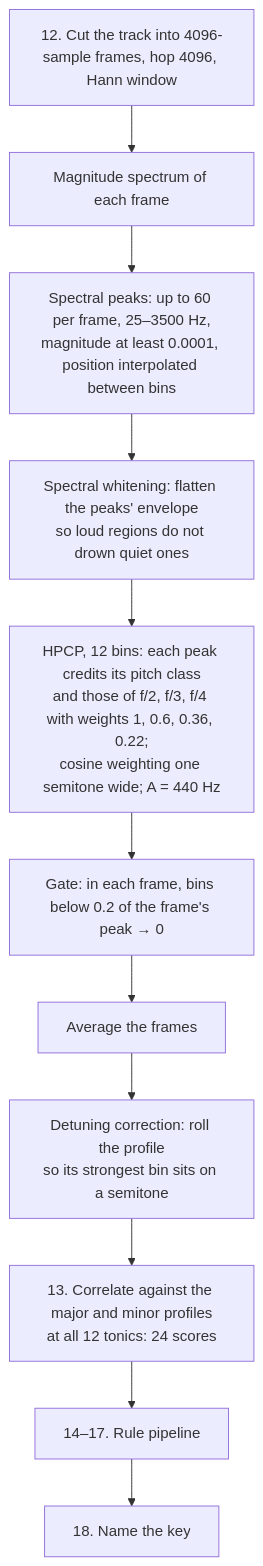
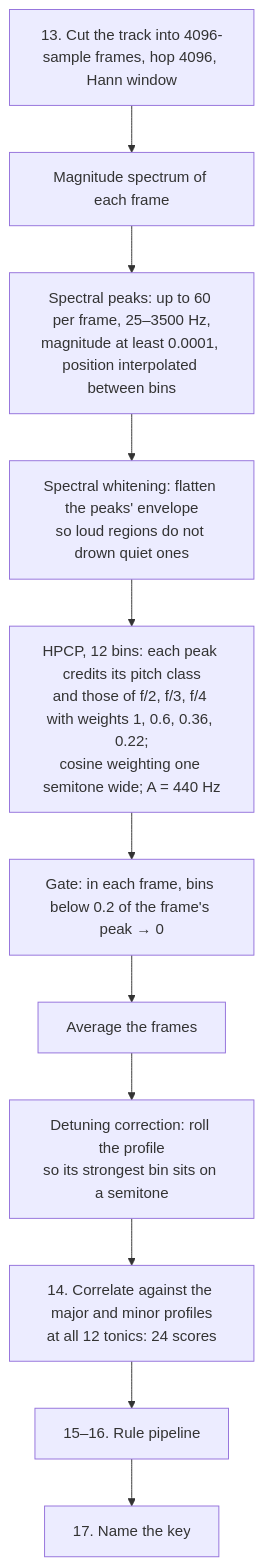
Before and after one commit to Wirlax/rbxport: the diagram in crates/rbl-analysis/docs/key.md, drawn with Mermaid. The commit also changed other lines of this file and 8 other files, not shown here.

````diff
--- a/crates/rbl-analysis/docs/key.md
+++ b/crates/rbl-analysis/docs/key.md
@@ -10,13 +10,13 @@
 ```mermaid
 flowchart TD
-    A[12. Cut the track into 4096-sample frames, hop 4096, Hann window] --> B[Magnitude spectrum of each frame]
+    A[13. Cut the track into 4096-sample frames, hop 4096, Hann window] --> B[Magnitude spectrum of each frame]
     B --> C[Spectral peaks: up to 60 per frame, 25–3500 Hz,<br/>magnitude at least 0.0001, position interpolated between bins]
     C --> D[Spectral whitening: flatten the peaks' envelope<br/>so loud regions do not drown quiet ones]
     D --> E[HPCP, 12 bins: each peak credits its pitch class<br/>and those of f/2, f/3, f/4 with weights 1, 0.6, 0.36, 0.22;<br/>cosine weighting one semitone wide; A = 440 Hz]
     E --> F[Gate: in each frame, bins below 0.2 of the frame's peak → 0]
     F --> G[Average the frames]
     G --> H[Detuning correction: roll the profile<br/>so its strongest bin sits on a semitone]
-    H --> I[13. Correlate against the major and minor profiles<br/>at all 12 tonics: 24 scores]
-    I --> J[14–17. Rule pipeline]
-    J --> K[18. Name the key]
+    H --> I[14. Correlate against the major and minor profiles<br/>at all 12 tonics: 24 scores]
+    I --> J[15–16. Rule pipeline]
+    J --> K[17. Name the key]
 ```
````
